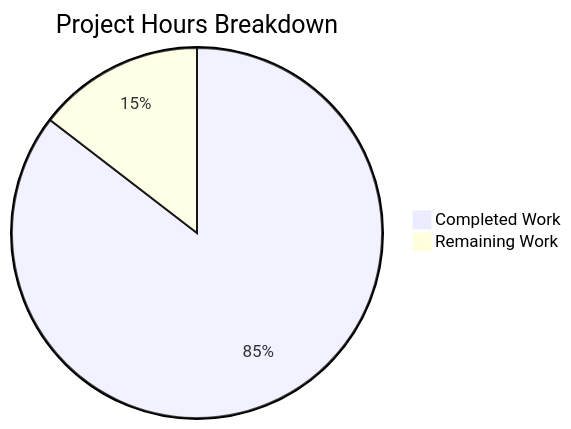
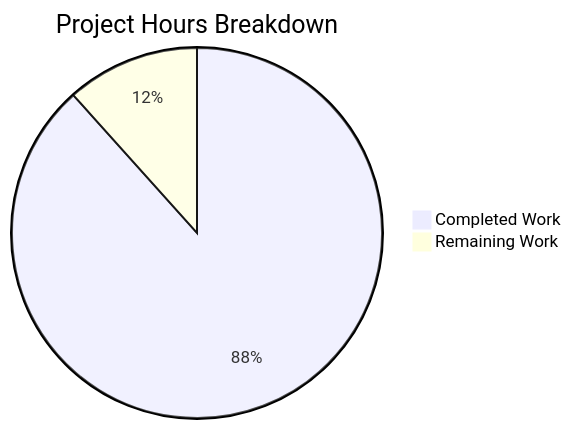
The second of 2 diagrams in blitzy/documentation/Project Guide.md (Blitzy-Sandbox/blitzy-RudderStack), drawn with Mermaid before and after one commit. The commit also changed other lines of this file, not shown here.

Commit message:
Adding Blitzy Project Guide: Project Status and Human Tasks Remaining

````diff
--- a/blitzy/documentation/Project Guide.md
+++ b/blitzy/documentation/Project Guide.md
@@ -219,5 +276,5 @@
 ```mermaid
 pie title Project Hours Breakdown
-    "Completed Work" : 176
-    "Remaining Work" : 30
+    "Completed Work" : 410
+    "Remaining Work" : 54
 ```
````
